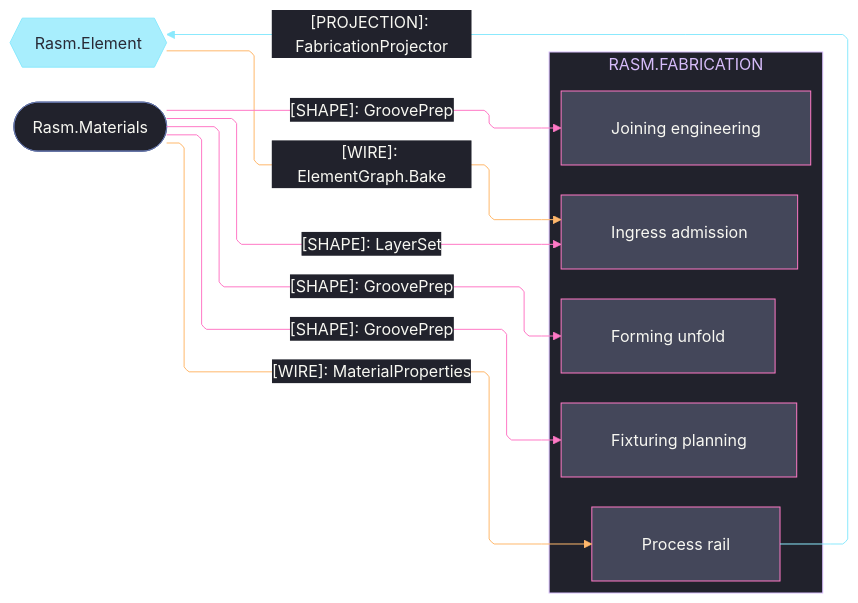
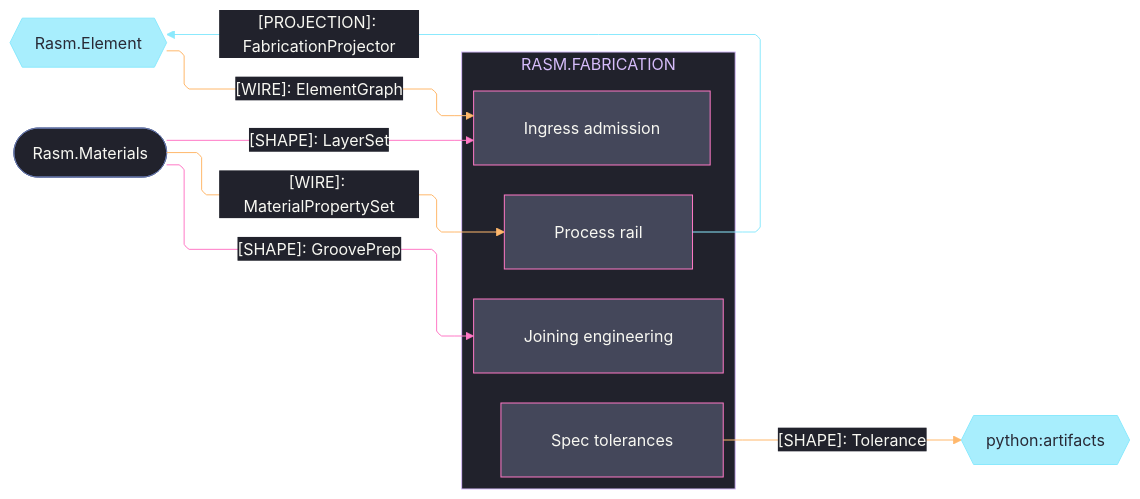
Before and after one commit to bsamiee/Rasm: the second of 3 diagrams in libs/csharp/Rasm.Fabrication/ARCHITECTURE.md, drawn with Mermaid. The commit also changed other lines of this file and 24 other files, not shown here.

Commit message:
architecture: seam registries + codemaps aligned across the estate (worker fabric edges, scene rows, csharp/ts seam mirrors)

````diff
--- a/libs/csharp/Rasm.Fabrication/ARCHITECTURE.md
+++ b/libs/csharp/Rasm.Fabrication/ARCHITECTURE.md
@@ -89,59 +185,58 @@
 ```mermaid
 ---
 config:
   theme: base
   look: classic
   layout: elk
   flowchart:
     curve: linear
     padding: 25
   themeVariables:
     darkMode: true
     fontFamily: "SF Mono, Menlo, Cascadia Mono, Segoe UI Mono, Consolas, monospace"
     useGradient: false
     dropShadow: "none"
     background: "#282A36"
     primaryColor: "#44475A"
     primaryTextColor: "#F8F8F2"
     primaryBorderColor: "#BD93F9"
     lineColor: "#FF79C6"
     textColor: "#F8F8F2"
     clusterBkg: "#21222C"
     clusterBorder: "#D6BCFA"
     edgeLabelBackground: "#21222C"
     labelBackgroundColor: "#21222C"
     titleColor: "#D6BCFA"
   themeCSS: ".nodeLabel{font-size:13px;font-weight:500}.edgeLabel{font-size:12px;font-weight:500}.cluster-label .nodeLabel{font-size:13.5px;font-weight:700;letter-spacing:.08em}.edge-thickness-normal{stroke-width:2px}.edge-thickness-thick{stroke-width:3px}.edge-pattern-dashed,.edge-pattern-dotted{stroke-width:1.5px;stroke-dasharray:4 6}.node rect,.node circle,.node polygon,.node path,.node .outer-path{stroke-width:1.5px;filter:none!important}.cluster rect{stroke-width:1px!important;stroke-dasharray:5 4!important;filter:none!important}.marker path{transform:scale(.8);transform-origin:5px 5px}.marker circle{transform:scale(.48);transform-origin:5px 5px}.edgeLabel rect{transform-box:fill-box;transform-origin:center;transform:scale(1.1,1.2)}"
 ---
 flowchart LR
     accTitle: Fabrication AEC-domain peer seams
-    accDescr: Fabrication sub-domain owners exchanging the element projector, material composition, and groove prep with the AEC peers Element and Materials, edge rails colored by kind and nodes classed by seam direction.
+    accDescr: Fabrication sub-domain owners exchanging the element projector, material composition, and groove prep with the AEC peers Element and Materials, and shipping the Spec tolerance shape to the python artifacts drawing plane, edge rails colored by kind and nodes classed by seam direction.
     subgraph fabrication[RASM.FABRICATION]
         Process[Process rail]
         Ingress[Ingress admission]
-        Fixturing[Fixturing planning]
-        Forming[Forming unfold]
         Joining[Joining engineering]
+        Spec[Spec tolerances]
     end
     Element{{Rasm.Element}}
     Materials([Rasm.Materials])
+    Artifacts{{python:artifacts}}
     Process e1@-->|"[PROJECTION]: FabricationProjector"| Element
-    Element e2@-->|"[WIRE]: ElementGraph.Bake"| Ingress
+    Element e2@-->|"[WIRE]: ElementGraph"| Ingress
     Materials e3@-->|"[SHAPE]: LayerSet"| Ingress
-    Materials e4@-->|"[WIRE]: MaterialProperties"| Process
+    Materials e4@-->|"[WIRE]: MaterialPropertySet"| Process
     Materials e5@-->|"[SHAPE]: GroovePrep"| Joining
-    Materials e6@-->|"[SHAPE]: GroovePrep"| Fixturing
-    Materials e7@-->|"[SHAPE]: GroovePrep"| Forming
+    Spec e8@-->|"[SHAPE]: Tolerance"| Artifacts
     classDef primary fill:#44475A,stroke:#FF79C6,color:#F8F8F2
     classDef external fill:#8BE9FDBF,stroke:#8BE9FD,color:#282A36
     classDef annotation fill:#21222C,stroke:#6272A4,color:#F8F8F2
     classDef edgeData stroke:#FFB86C,color:#F8F8F2
     classDef edgeExternal stroke:#8BE9FD,color:#F8F8F2
     classDef edgeControl stroke:#FF79C6,color:#F8F8F2
-    class Process,Ingress,Fixturing,Forming,Joining primary
-    class Element external
+    class Process,Ingress,Joining,Spec primary
+    class Element,Artifacts external
     class Materials annotation
     class e1 edgeExternal
-    class e2,e4 edgeData
-    class e3,e5,e6,e7 edgeControl
+    class e2,e4,e8 edgeData
+    class e3,e5 edgeControl
 ```
````
